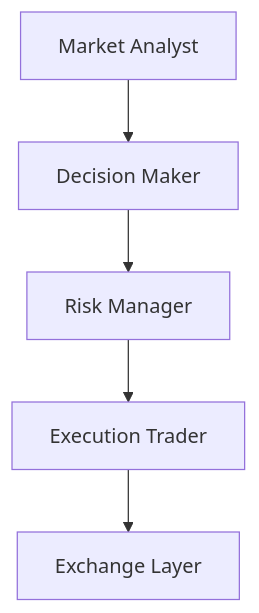
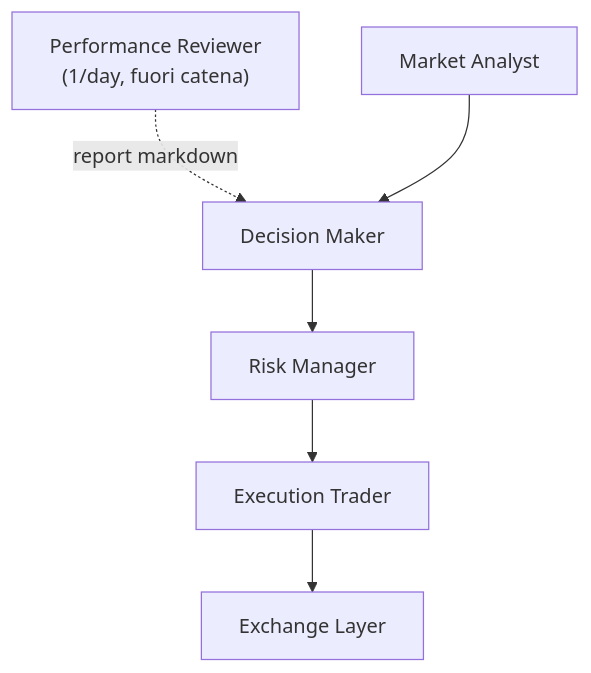
One commit to Mardock137/mdk_crypto_trading changed the diagram in docs/architecture.md. Above: the diagram before and after it, drawn with Mermaid. The commit also changed other lines of this file and 25 other files, not shown here.

````diff
--- a/docs/architecture.md
+++ b/docs/architecture.md
@@ -23,7 +23,8 @@
 ```mermaid
 flowchart TD
+    reviewer["Performance Reviewer<br/>(1/day, fuori catena)"] -.->|report markdown| decisionMaker
     marketAnalyst["Market Analyst"] --> decisionMaker["Decision Maker"]
     decisionMaker --> riskManager["Risk Manager"]
     riskManager --> executionTrader["Execution Trader"]
     executionTrader --> exchangeLayer["Exchange Layer"]
 ```
````
